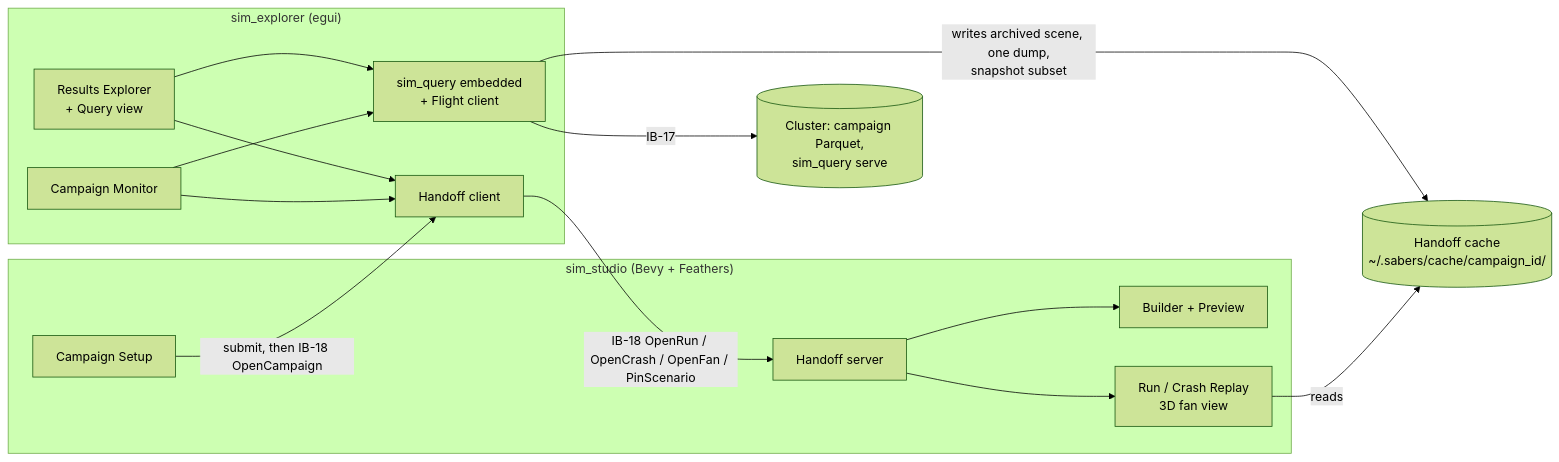
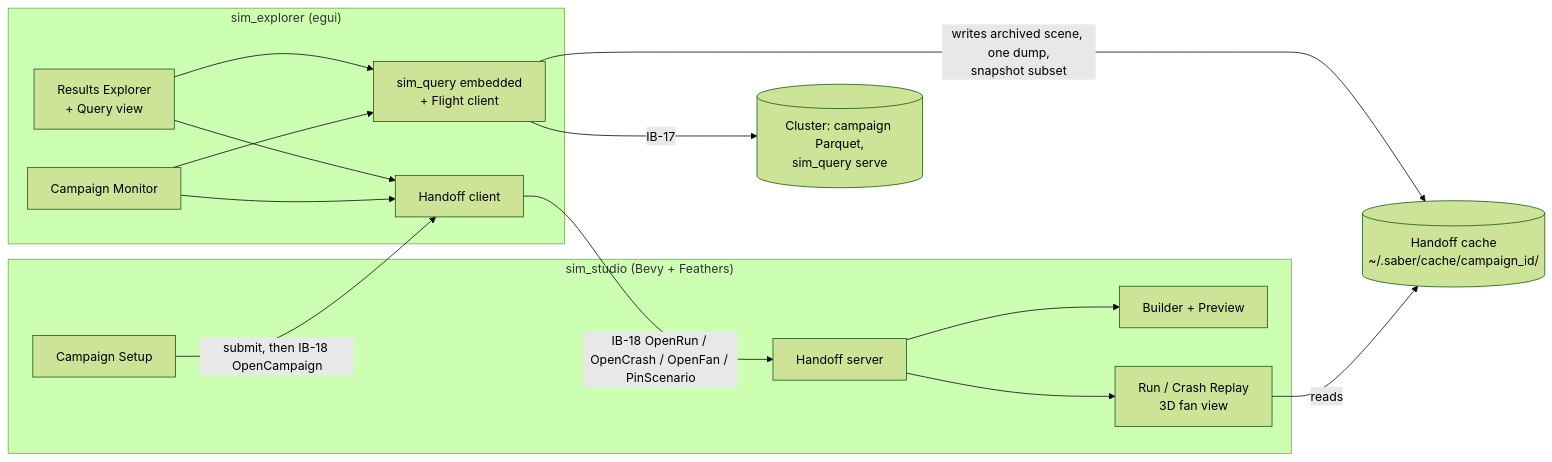
The seventh of 15 diagrams in docs/design/sim_studio_ux.md (Schmiedium/SABER), drawn with Mermaid (forest theme) before and after one commit. The commit also changed other lines of this file and 6 other files, not shown here.

First line of the commit message:
Rename sabers identifiers to saber across the design docs (D18)

````diff
--- a/docs/design/sim_studio_ux.md
+++ b/docs/design/sim_studio_ux.md
@@ -399,25 +399,25 @@
 ```mermaid
 flowchart LR
     subgraph ST["sim_studio (Bevy + Feathers)"]
         B[Builder + Preview]
         CS[Campaign Setup]
         RP[Run / Crash Replay<br/>3D fan view]
         HS[Handoff server]
     end
     subgraph EX["sim_explorer (egui)"]
         MON[Campaign Monitor]
         RES[Results Explorer<br/>+ Query view]
         HC[Handoff client]
         Q[sim_query embedded<br/>+ Flight client]
     end
     CL[(Cluster: campaign Parquet,<br/>sim_query serve)]
-    CACHE[(Handoff cache<br/>~/.sabers/cache/campaign_id/)]
+    CACHE[(Handoff cache<br/>~/.saber/cache/campaign_id/)]
     CS -- "submit, then IB-18 OpenCampaign" --> HC
     RES & MON --> HC
     HC -- "IB-18 OpenRun / OpenCrash / OpenFan / PinScenario" --> HS
     HS --> RP & B
     RES & MON --> Q
     Q -- IB-17 --> CL
     Q -- "writes archived scene, one dump,<br/>snapshot subset" --> CACHE
     RP -- reads --> CACHE
 ```
````
